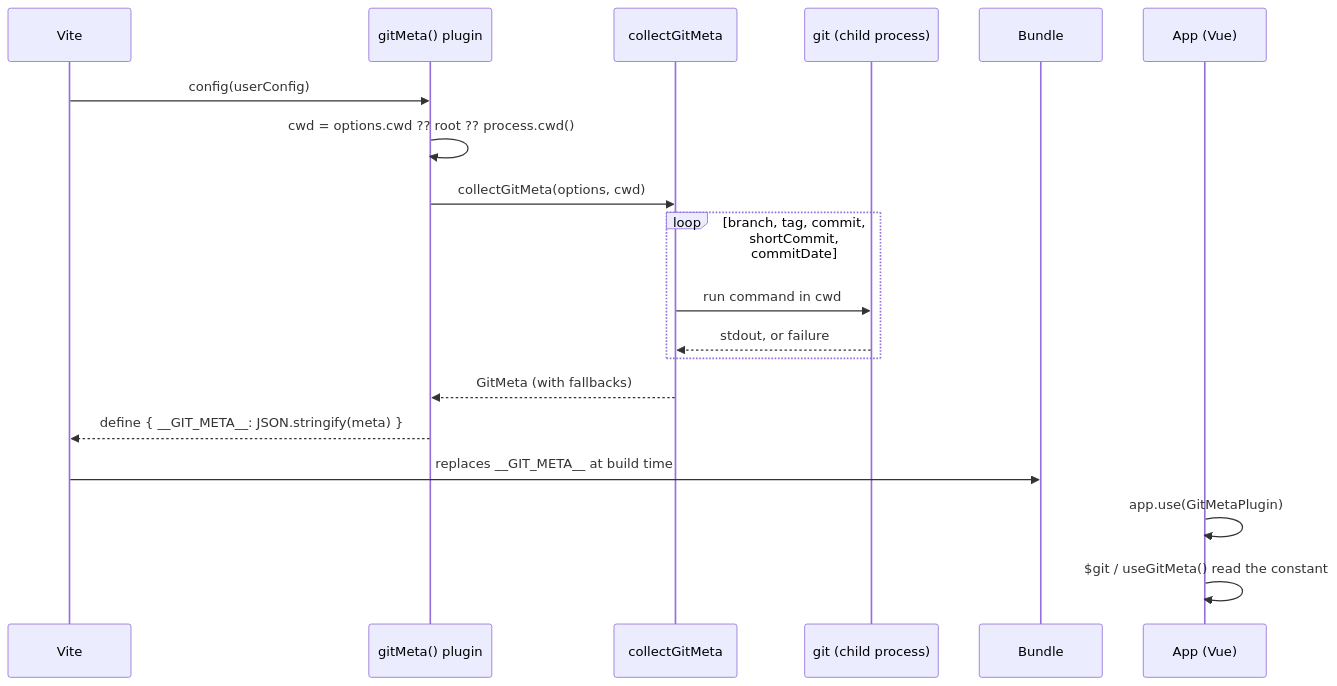
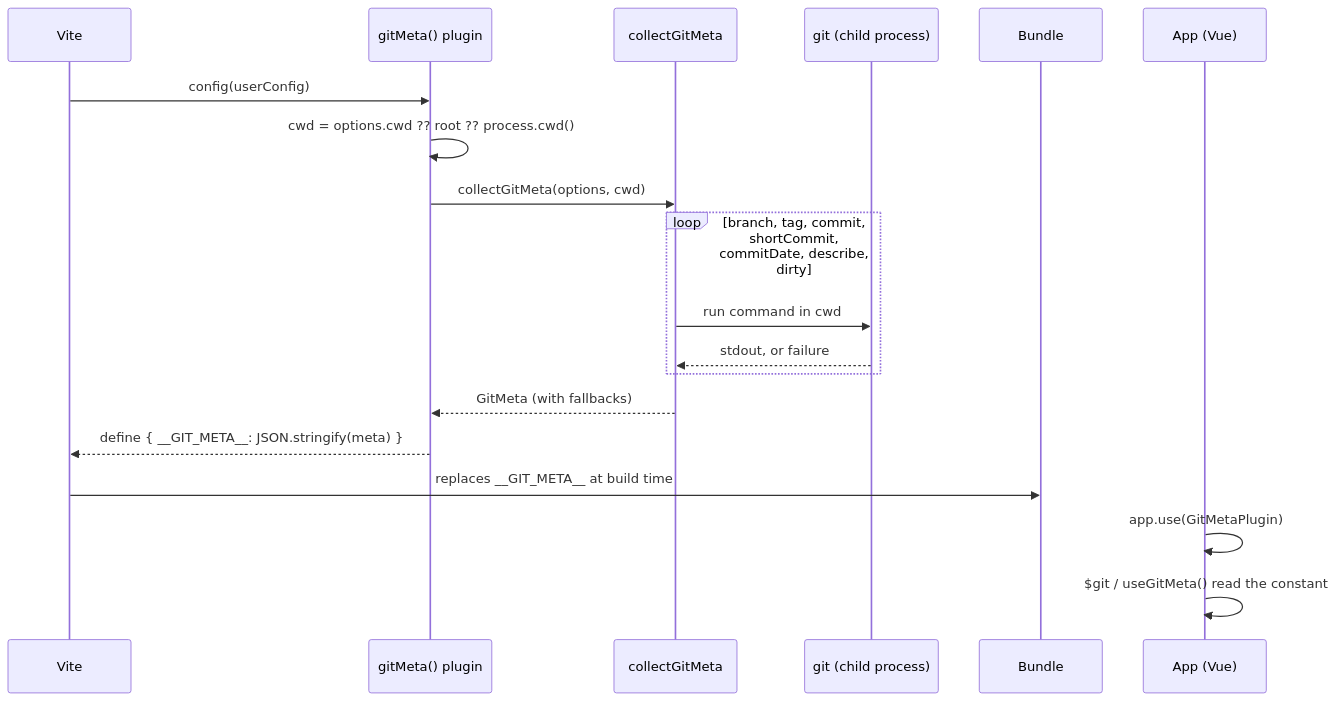
Before and after one commit to CheeseGrinder/vite-plugin-git-meta: the second of 4 diagrams in docs/specs/architecture.md, drawn with Mermaid. The commit also changed other lines of this file and 17 other files, not shown here.

````diff
--- a/docs/specs/architecture.md
+++ b/docs/specs/architecture.md
@@ -33,22 +36,22 @@
 ```mermaid
 sequenceDiagram
   participant V as Vite
   participant P as gitMeta() plugin
   participant C as collectGitMeta
   participant G as git (child process)
   participant B as Bundle
   participant A as App (Vue)
 
   V->>P: config(userConfig)
   P->>P: cwd = options.cwd ?? root ?? process.cwd()
   P->>C: collectGitMeta(options, cwd)
-  loop branch, tag, commit, shortCommit, commitDate
+  loop branch, tag, commit, shortCommit, commitDate, describe, dirty
     C->>G: run command in cwd
     G-->>C: stdout, or failure
   end
   C-->>P: GitMeta (with fallbacks)
   P-->>V: define { __GIT_META__: JSON.stringify(meta) }
   V->>B: replaces __GIT_META__ at build time
   A->>A: app.use(GitMetaPlugin)
   A->>A: $git / useGitMeta() read the constant
 ```
````
